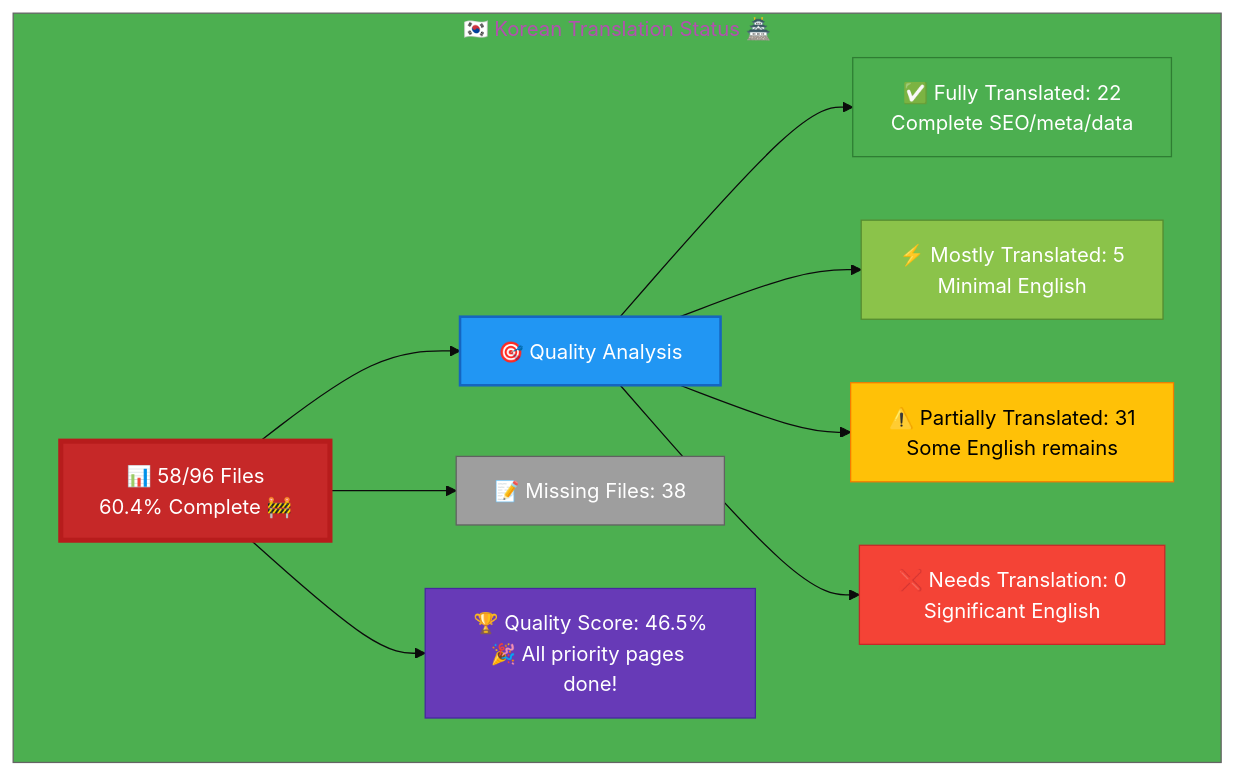
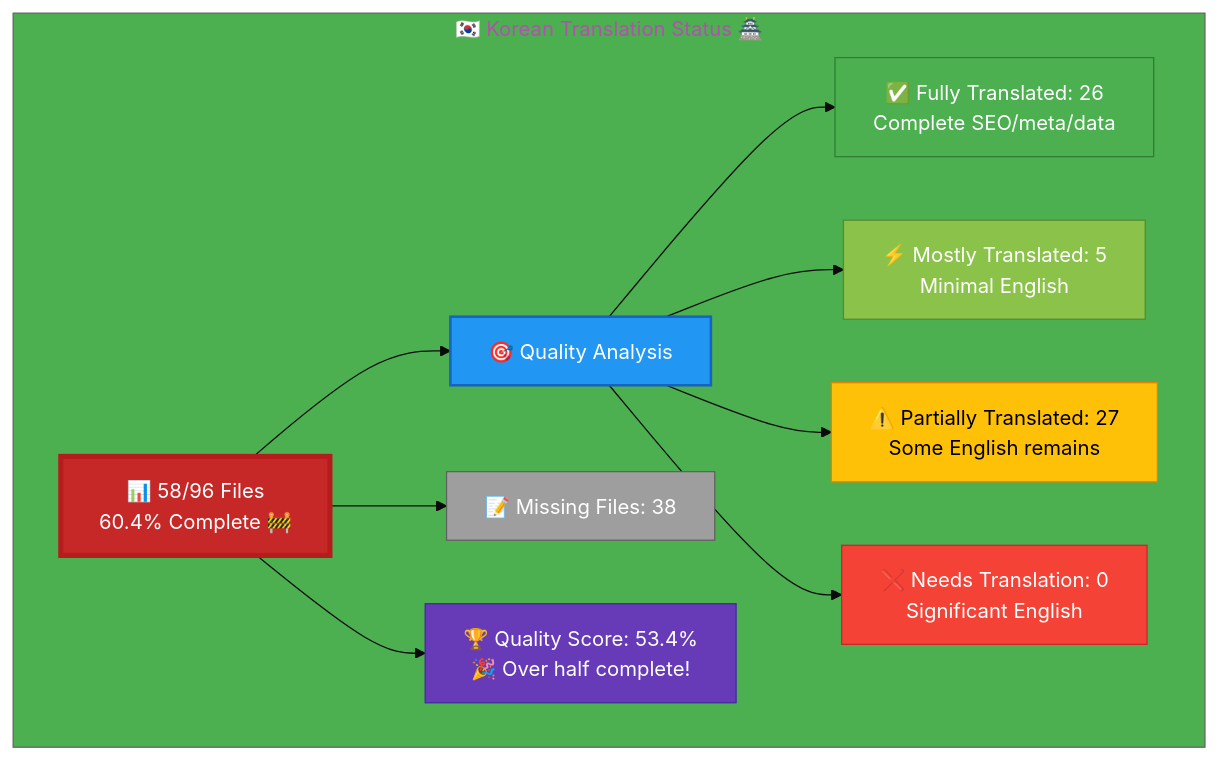
The diagram in Korean-Translation-Status.md (Hack23/homepage), drawn with Mermaid before and after one commit. The commit also changed other lines of this file, not shown here.

Commit message:
Update Korean-Translation-Status.md with improved quality score (53.4%)

````diff
--- a/Korean-Translation-Status.md
+++ b/Korean-Translation-Status.md
@@ -12,26 +12,26 @@
 ```mermaid
 %%{init: {'theme':'base', 'themeVariables': {'primaryColor':'#C62828','secondaryColor':'#2196F3','tertiaryColor':'#4CAF50','fontSize':'16px'}}}%%
 graph TB
     subgraph "🇰🇷 Korean Translation Status 🏯"
         A["📊 58/96 Files<br/>60.4% Complete 🚧"]
         
         A --> B["🎯 Quality Analysis"]
-        B --> C["✅ Fully Translated: 22<br/>Complete SEO/meta/data"]
+        B --> C["✅ Fully Translated: 26<br/>Complete SEO/meta/data"]
         B --> D["⚡ Mostly Translated: 5<br/>Minimal English"]
-        B --> E["⚠️  Partially Translated: 31<br/>Some English remains"]
+        B --> E["⚠️  Partially Translated: 27<br/>Some English remains"]
         B --> F["❌ Needs Translation: 0<br/>Significant English"]
         
         A --> G["📝 Missing Files: 38"]
         
-        A --> H["🏆 Quality Score: 46.5%<br/>🎉 All priority pages done!"]
+        A --> H["🏆 Quality Score: 53.4%<br/>🎉 Over half complete!"]
         
         style A fill:#C62828,stroke:#B71C1C,color:#fff,stroke-width:4px
         style B fill:#2196F3,stroke:#1565C0,color:#fff,stroke-width:2px
         style C fill:#4CAF50,stroke:#2E7D32,color:#fff
         style D fill:#8BC34A,stroke:#558B2F,color:#fff
         style E fill:#FFC107,stroke:#F57C00,color:#000
         style F fill:#F44336,stroke:#C62828,color:#fff
         style G fill:#9E9E9E,stroke:#616161,color:#fff
         style H fill:#673AB7,stroke:#4527A0,color:#fff
     end
 ```
````
